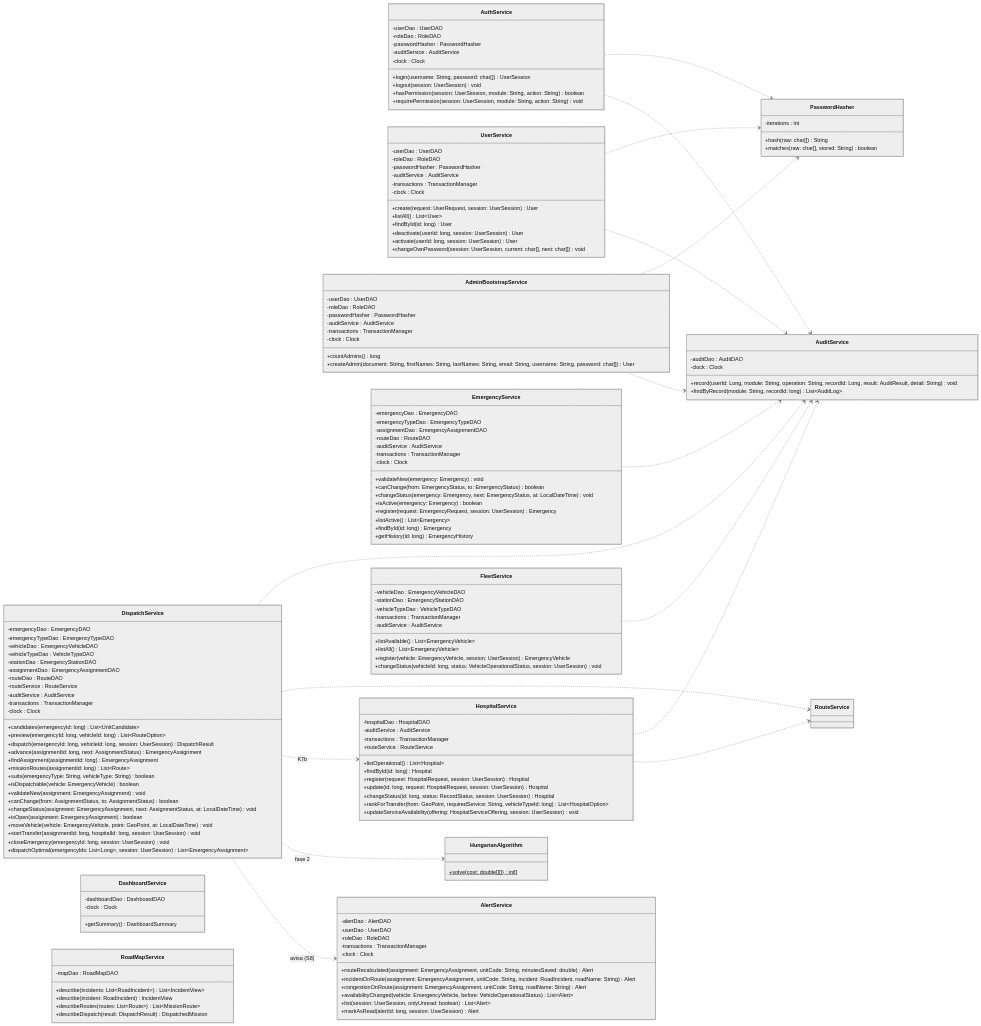
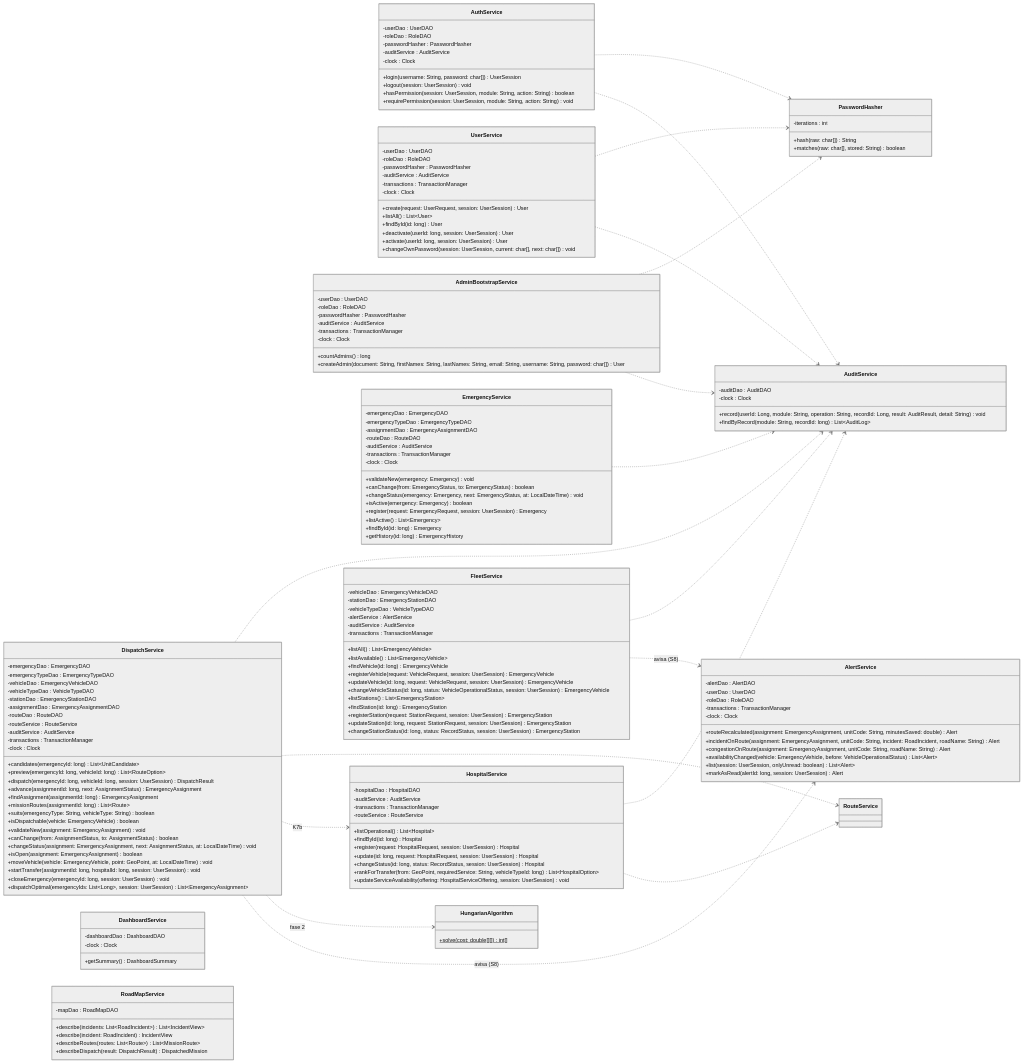
Before and after one commit to afzabaleta/RutaVida: diagram 15 of 24 in docs/class-diagram.md, drawn with Mermaid (neutral theme). The commit also changed other lines of this file and 8 other files, not shown here.

```diff
--- a/docs/class-diagram.md
+++ b/docs/class-diagram.md
@@ -1078,17 +1078,27 @@
     class HungarianAlgorithm {
         +solve(cost: double[][]) int[]$
     }
-    class FleetService {
-        -vehicleDao : EmergencyVehicleDAO
-        -stationDao : EmergencyStationDAO
-        -vehicleTypeDao : VehicleTypeDAO
-        -transactions : TransactionManager
-        -auditService : AuditService
-        +listAvailable() List~EmergencyVehicle~
-        +listAll() List~EmergencyVehicle~
-        +register(vehicle: EmergencyVehicle, session: UserSession) EmergencyVehicle
-        +changeStatus(vehicleId: long, status: VehicleOperationalStatus, session: UserSession) void
-    }
+
+
+class FleetService {
+    -vehicleDao : EmergencyVehicleDAO
+    -stationDao : EmergencyStationDAO
+    -vehicleTypeDao : VehicleTypeDAO
+    -alertService : AlertService
+    -auditService : AuditService
+    -transactions : TransactionManager
+    +listAll() List~EmergencyVehicle~
+    +listAvailable() List~EmergencyVehicle~
+    +findVehicle(id: long) EmergencyVehicle
+    +registerVehicle(request: VehicleRequest, session: UserSession) EmergencyVehicle
+    +updateVehicle(id: long, request: VehicleRequest, session: UserSession) EmergencyVehicle
+    +changeVehicleStatus(id: long, status: VehicleOperationalStatus, session: UserSession) EmergencyVehicle
+    +listStations() List~EmergencyStation~
+    +findStation(id: long) EmergencyStation
+    +registerStation(request: StationRequest, session: UserSession) EmergencyStation
+    +updateStation(id: long, request: StationRequest, session: UserSession) EmergencyStation
+    +changeStationStatus(id: long, status: RecordStatus, session: UserSession) EmergencyStation
+}
 
 class HospitalService {
     -hospitalDao : HospitalDAO
@@ -1146,6 +1156,7 @@
     EmergencyService ..> AuditService
     DispatchService ..> AuditService
     FleetService ..> AuditService
+    FleetService ..> AlertService : avisa (S8)
     HospitalService ..> AuditService
     DispatchService ..> RouteService
     DispatchService ..> HospitalService : K7b
```
